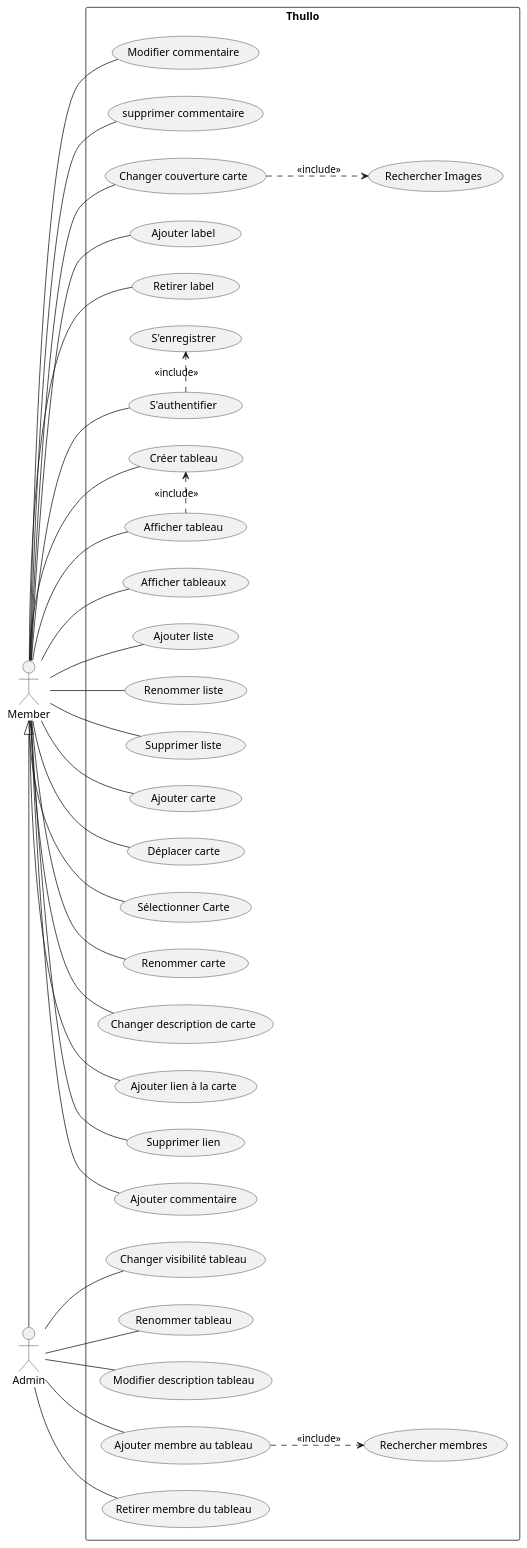
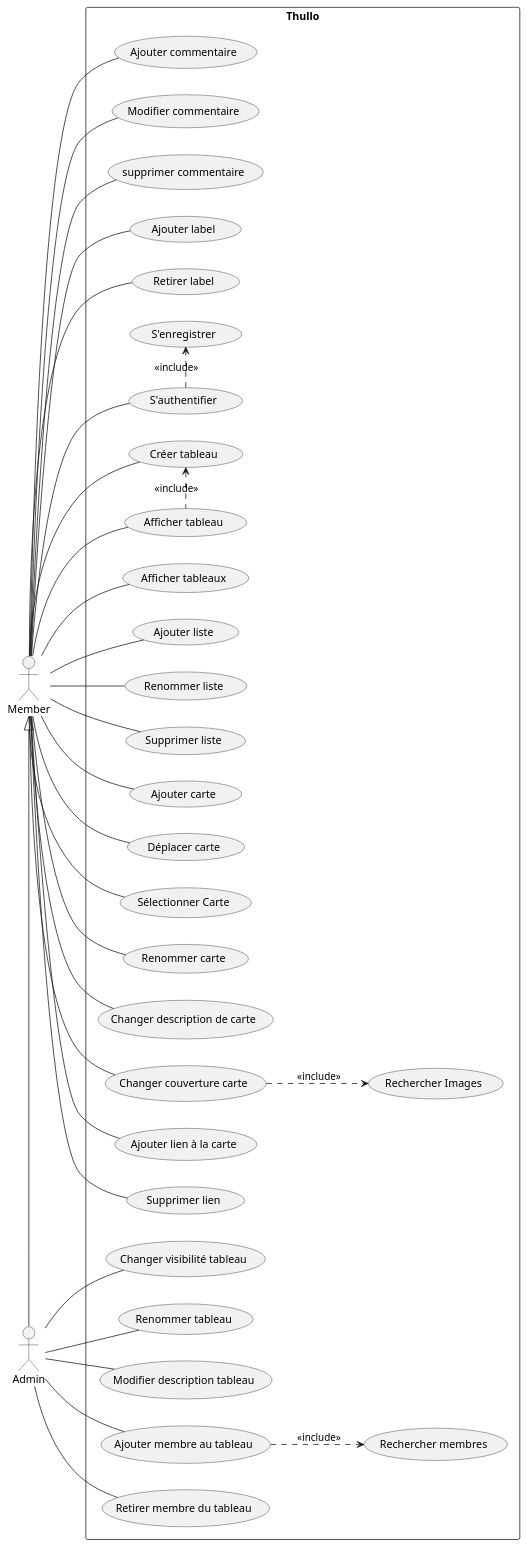
The diagram in packages/domain/uml/usecases.puml (Fredkiss3/thullo), drawn with PlantUML before and after one commit. The commit also changed other lines of this file and 3 other files, not shown here.

```diff
--- a/packages/domain/uml/usecases.puml
+++ b/packages/domain/uml/usecases.puml
@@ -1,80 +1,80 @@
 @startuml
 'https://plantuml.com/use-case-diagram
 :Member: as member
 :Admin: as admin
 
 left to right direction
 
 rectangle Thullo {
     (S'enregistrer) as (register)
     (S'authentifier) as (auth)
 
     (Afficher tableaux) as (seeAllBoards)
     (Créer tableau) as (addBoard)
     (Afficher tableau) as (seeBoard)
     (Changer visibilité tableau) as (setBoardVisibility)
     (Renommer tableau) as (renameBoard)
     (Modifier description tableau) as (updateBoardDescription)
 
     (Rechercher membres) as (searchMembers)
     (Ajouter membre au tableau) as (inviteMemberToBoard)
     (Retirer membre du tableau) as (removeMemberFromBoard)
 '    (Promouvoir en tant qu'admin) as (GrantAdminRole)
 '    (Retirer le role d'admin) as (RemoveAdminRole)
     
     (Ajouter liste) as (addList)
     (Renommer liste) as (renameList)
     (Supprimer liste) as (deleteList)
 
     (Ajouter carte) as (addCard)
     (Déplacer carte) as (moveCard)
     (Sélectionner Carte) as (seeCardDetails)
     (Renommer carte) as (renameCard)
     (Changer description de carte) as (updateCardDescription)
+    (Changer couverture carte) as (updateCardCover)
     (Ajouter lien à la carte) as (addAttachement)
     (Supprimer lien) as (deleteAttachement)
     (Ajouter commentaire) as (addComment)
     (Modifier commentaire) as (updateComment)
     (supprimer commentaire) as (deleteComment)
-    (Changer couverture carte) as (updateCardCover)
     (Rechercher Images) as (searchImages)
     (Ajouter label) as (addLabelToCard)
     (Retirer label) as (removeLabelFromCard)
 
     (register) <.left. (auth) : << include >>
     (seeBoard) .left.> (addBoard): << include >>
     (inviteMemberToBoard) ..> (searchMembers) : << include >>
 
     member -- (auth)
     member -- (seeAllBoards)
     member -- (seeBoard)
     member -- (addBoard)
     member -- (addList)
     member -- (renameList)
     member -- (deleteList)
     member -- (addCard)
     member -- (moveCard)
     member -- (renameCard)
     member -- (seeCardDetails)
     member -- (addComment)
     member -- (updateComment)
     member -- (deleteComment)
     member -- (addLabelToCard)
     member -- (removeLabelFromCard)
     member -- (updateCardDescription)
     member -- (updateCardCover)
     (updateCardCover) ..> (searchImages) : << include >>
     member -- (addAttachement)
     member -- (deleteAttachement)
 
     admin -- (removeMemberFromBoard)
 '    admin -- (RemoveAdminRole)
 '    (RemoveAdminRole) ..> (GrantAdminRole): << include >>
     admin -- (renameBoard)
     admin -- (updateBoardDescription)
     admin -- (inviteMemberToBoard)
     admin -- (setBoardVisibility)
 
     member <|-right- admin
  }
 @enduml
```
